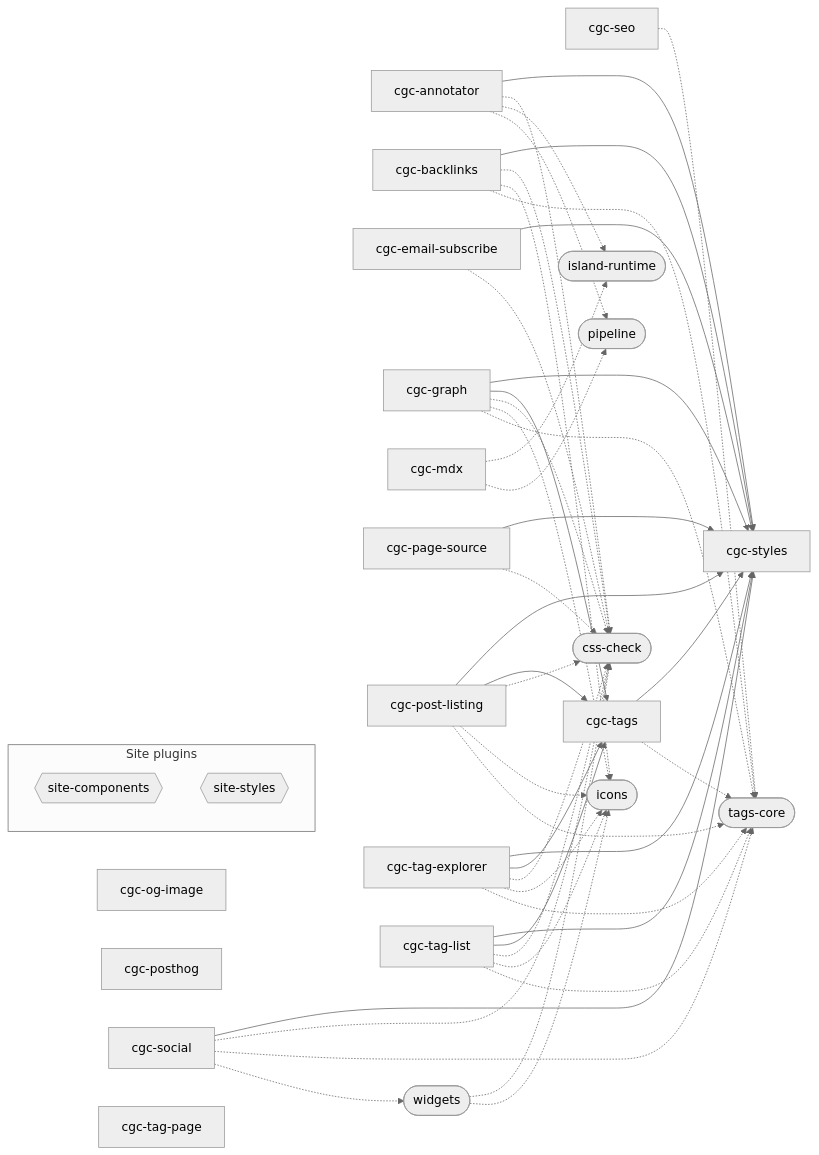
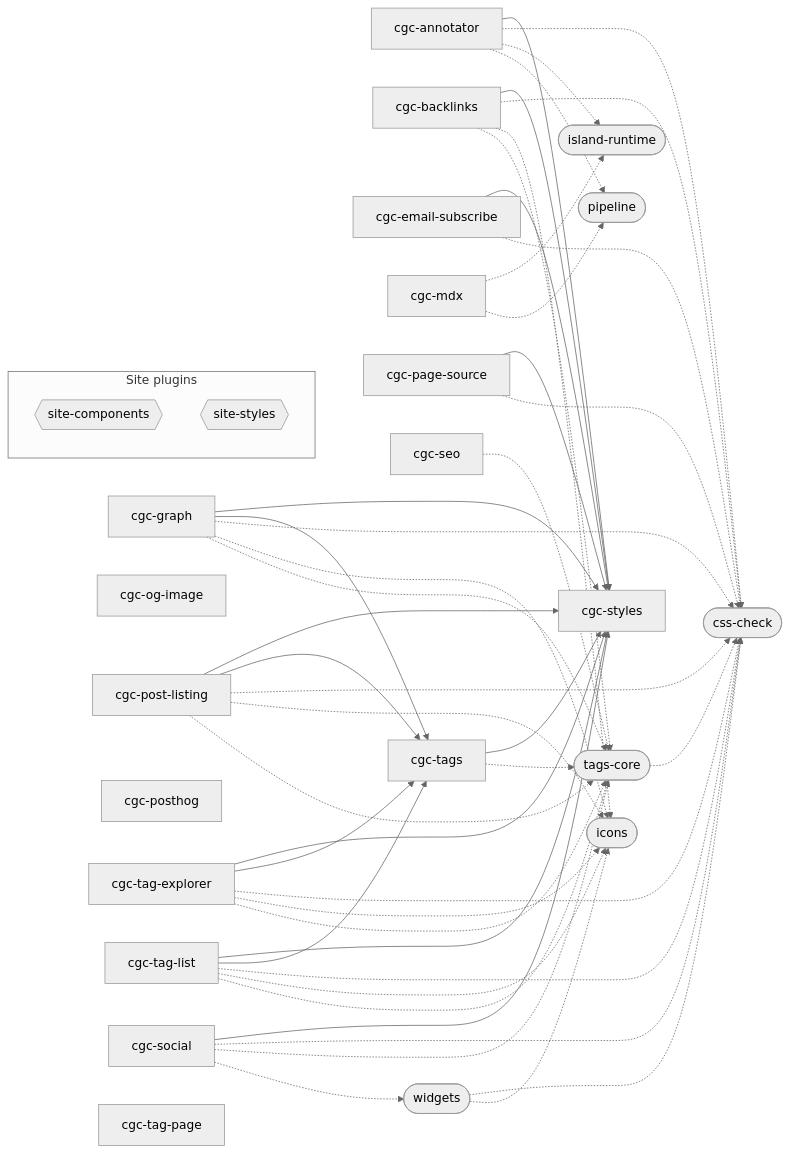
Before and after one commit to chaoticgoodcomputing/blog: the diagram in content/public/tags/projects/site/plugins/index.md, drawn with Mermaid (neutral theme).

Commit message:
fix(site-v5): the plugins' DAG draws tags-core building with css-check, as its manifest now declares (#86, #82)
The tag bubble's change gave tags-core a `workspace:` devDependency on
@chaoticgoodcomputing/css-check for its new lint target, which landed after
the plugin DAG was generated, so tests/specs/plugin-dag.spec.mjs found the
note drifted. Regenerated with `pnpm nx run site-v5:plugin-dag`: one dotted
edge, library_tags_core -.-> library_css_check.

Undone: nothing.

```diff
--- a/content/public/tags/projects/site/plugins/index.md
+++ b/content/public/tags/projects/site/plugins/index.md
@@ -82,6 +82,7 @@
   plugin_cgc_tag_list -.-> library_icons
   plugin_cgc_tag_list -.-> library_tags_core
   plugin_cgc_tags -.-> library_tags_core
+  library_tags_core -.-> library_css_check
   library_widgets -.-> library_css_check
   library_widgets -.-> library_icons
   click plugin_cgc_annotator "/plugins/cgc-annotator"
```
